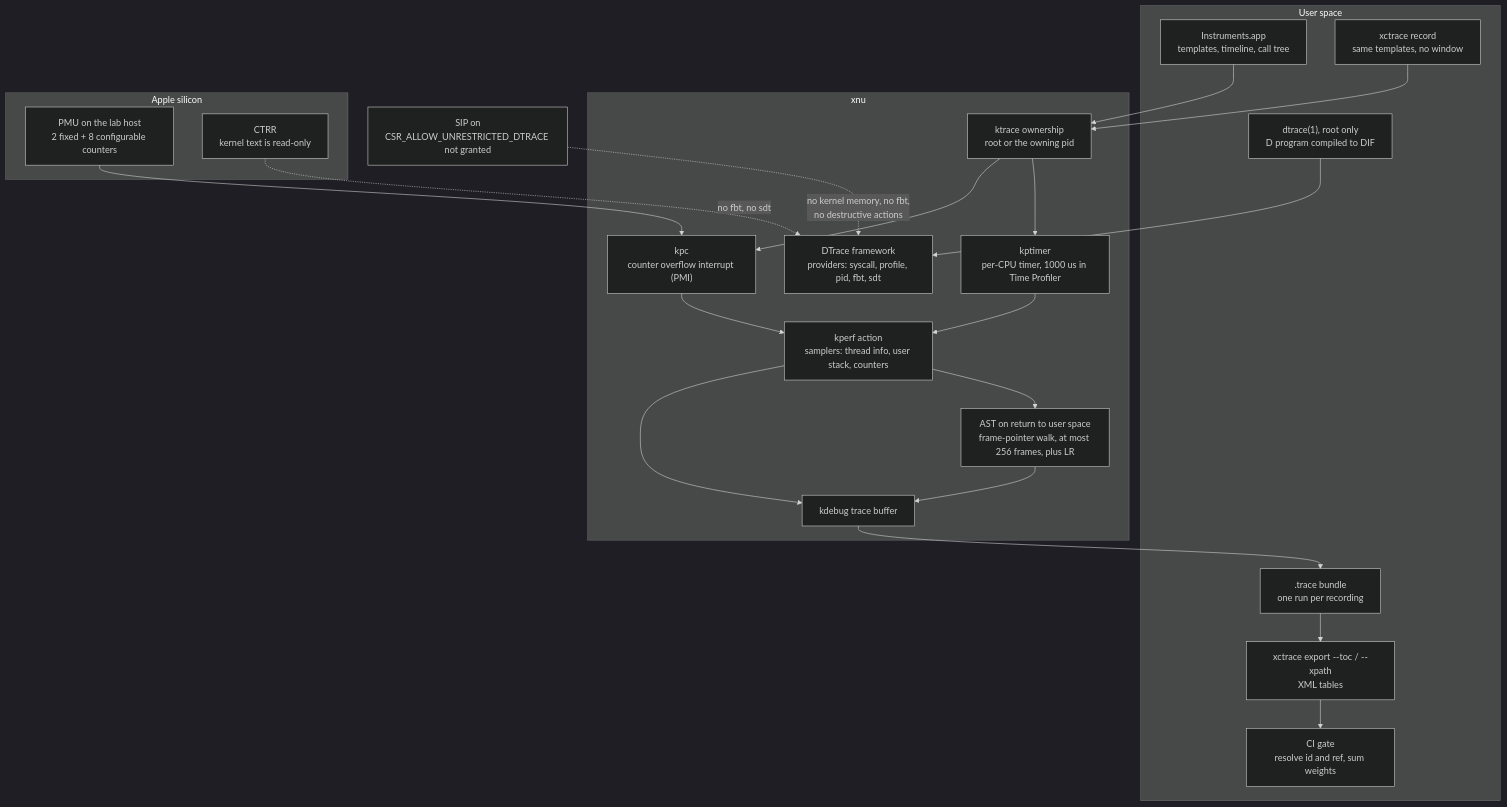
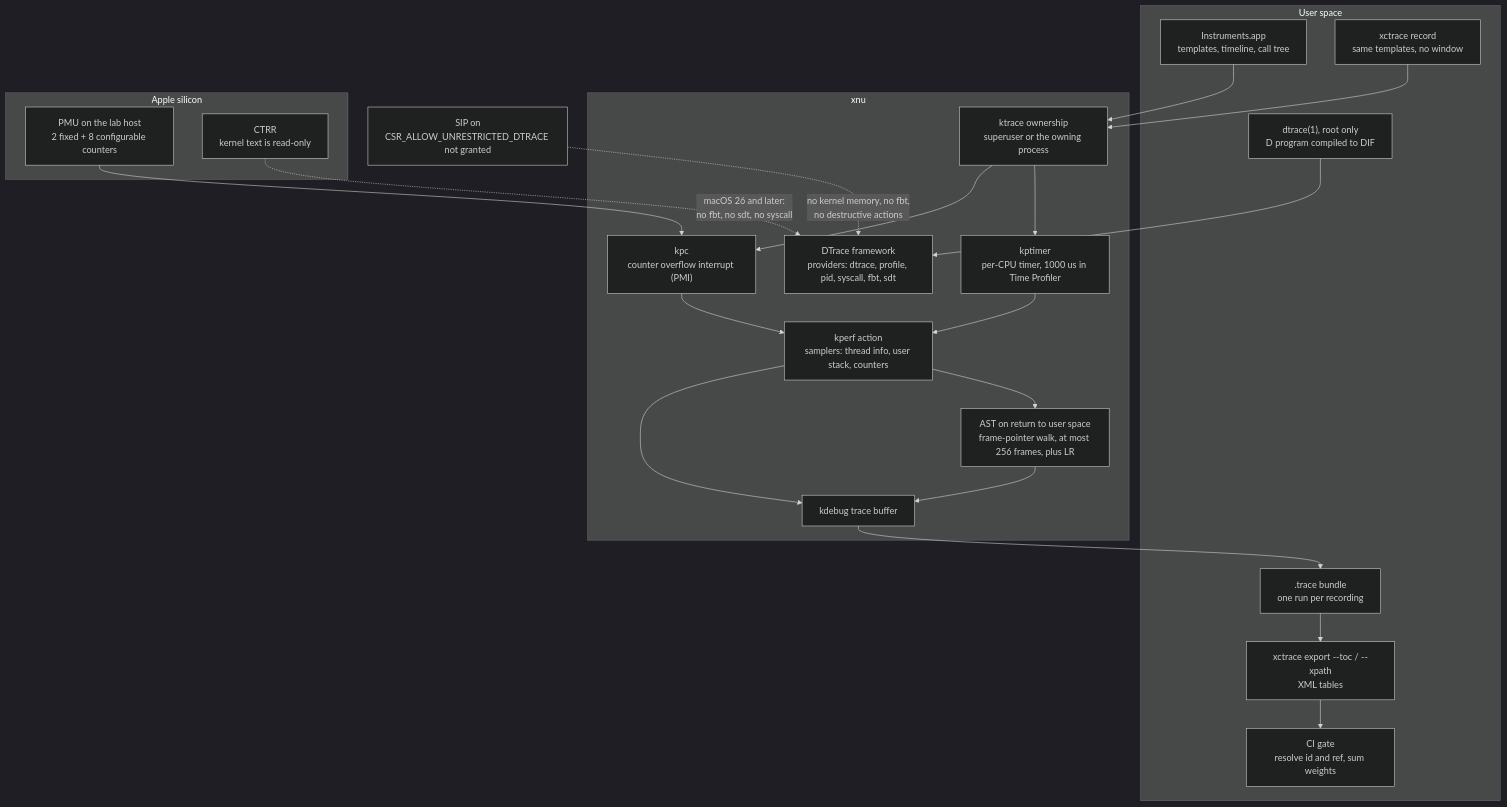
Before and after one commit to shreejitverma/The-Distinguished-Engineer: the diagram in 18-Developer-Toolchain/05-Profiling/macOS-Instruments-xctrace-and-DTrace.md, drawn with Mermaid (dark theme). The commit also changed other lines of this file and 8 other files, not shown here.

````diff
--- a/18-Developer-Toolchain/05-Profiling/macOS-Instruments-xctrace-and-DTrace.md
+++ b/18-Developer-Toolchain/05-Profiling/macOS-Instruments-xctrace-and-DTrace.md
@@ -55,42 +62,42 @@
 ```mermaid
 flowchart TD
     subgraph USER["User space"]
         IA["Instruments.app<br/>templates, timeline, call tree"]
         XC["xctrace record<br/>same templates, no window"]
         DT["dtrace(1), root only<br/>D program compiled to DIF"]
         TR[".trace bundle<br/>one run per recording"]
         XML["xctrace export --toc / --xpath<br/>XML tables"]
         GATE["CI gate<br/>resolve id and ref, sum weights"]
     end
     subgraph KERNEL["xnu"]
-        KT["ktrace ownership<br/>root or the owning pid"]
+        KT["ktrace ownership<br/>superuser or the owning process"]
         TIMER["kptimer<br/>per-CPU timer, 1000 us in Time Profiler"]
         PMI["kpc<br/>counter overflow interrupt (PMI)"]
         ACT["kperf action<br/>samplers: thread info, user stack, counters"]
         AST["AST on return to user space<br/>frame-pointer walk, at most 256 frames, plus LR"]
         KD["kdebug trace buffer"]
-        DTK["DTrace framework<br/>providers: syscall, profile, pid, fbt, sdt"]
+        DTK["DTrace framework<br/>providers: dtrace, profile, pid, syscall, fbt, sdt"]
     end
     subgraph HW["Apple silicon"]
         PMU["PMU on the lab host<br/>2 fixed + 8 configurable counters"]
         CTRR["CTRR<br/>kernel text is read-only"]
     end
     SIP["SIP on<br/>CSR_ALLOW_UNRESTRICTED_DTRACE not granted"]
 
     IA --> KT
     XC --> KT
     KT --> TIMER
     KT --> PMI
     PMU --> PMI
     TIMER --> ACT
     PMI --> ACT
     ACT --> AST
     ACT --> KD
     AST --> KD
     KD --> TR
     TR --> XML
     XML --> GATE
     DT --> DTK
     SIP -.->|"no kernel memory, no fbt,<br/>no destructive actions"| DTK
-    CTRR -.->|"no fbt, no sdt"| DTK
+    CTRR -.->|"macOS 26 and later:<br/>no fbt, no sdt, no syscall"| DTK
 ```
````
